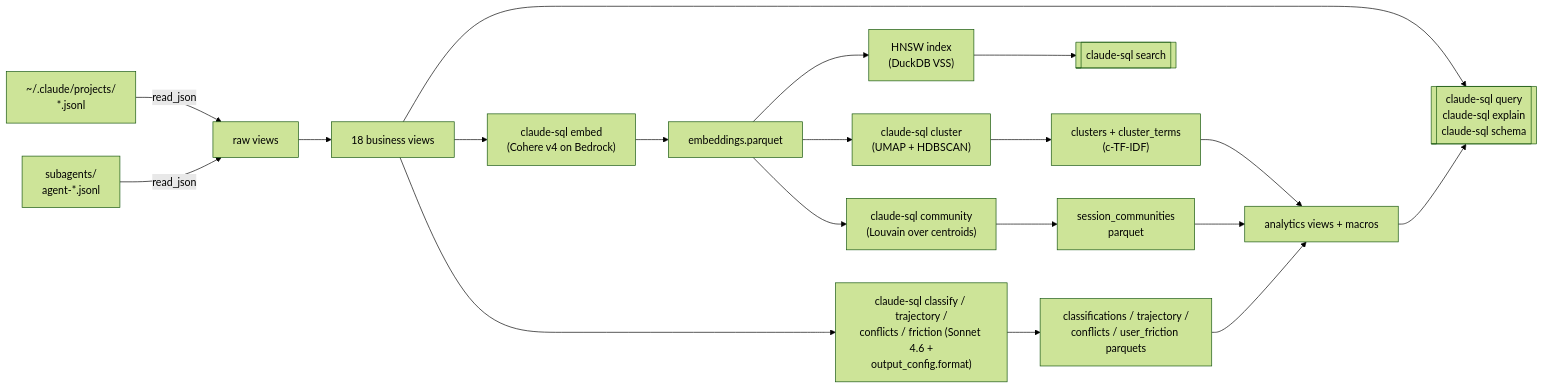
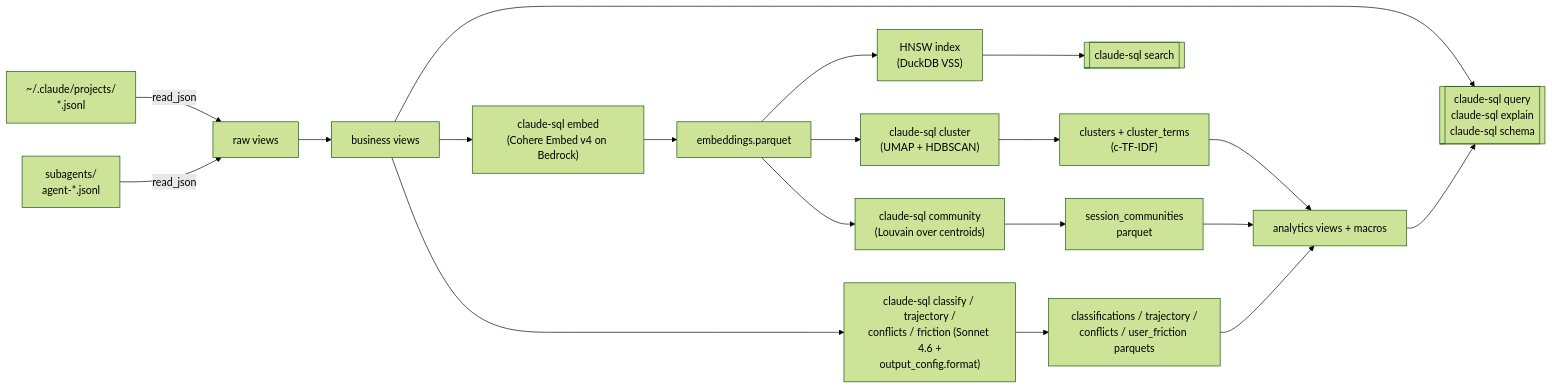
Before and after one commit to theagenticguy/claude-sql: the diagram in README.md, drawn with Mermaid (forest theme). The commit also changed other lines of this file and 4 other files, not shown here.

````diff
--- a/README.md
+++ b/README.md
@@ -57,21 +58,21 @@
 ```mermaid
 flowchart LR
     J["~/.claude/projects/<br/>*.jsonl"] -->|read_json| R[raw views]
     J2["subagents/<br/>agent-*.jsonl"] -->|read_json| R
-    R --> V[18 business views]
+    R --> V[business views]
     V --> Q[["claude-sql query<br/>claude-sql explain<br/>claude-sql schema"]]
-    V --> E["claude-sql embed<br/>(Cohere v4 on Bedrock)"]
+    V --> E["claude-sql embed<br/>(Cohere Embed v4 on Bedrock)"]
     E --> P["embeddings.parquet"]
     P --> H["HNSW index<br/>(DuckDB VSS)"]
     H --> S[["claude-sql search"]]
     V --> L["claude-sql classify / trajectory /<br/>conflicts / friction (Sonnet 4.6 +<br/>output_config.format)"]
     L --> PA["classifications / trajectory /<br/>conflicts / user_friction parquets"]
     P --> C["claude-sql cluster<br/>(UMAP + HDBSCAN)"]
     C --> PC["clusters + cluster_terms<br/>(c-TF-IDF)"]
     P --> CM["claude-sql community<br/>(Louvain over centroids)"]
     CM --> PM["session_communities<br/>parquet"]
     PA --> AV[analytics views + macros]
     PC --> AV
     PM --> AV
     AV --> Q
 ```
````
